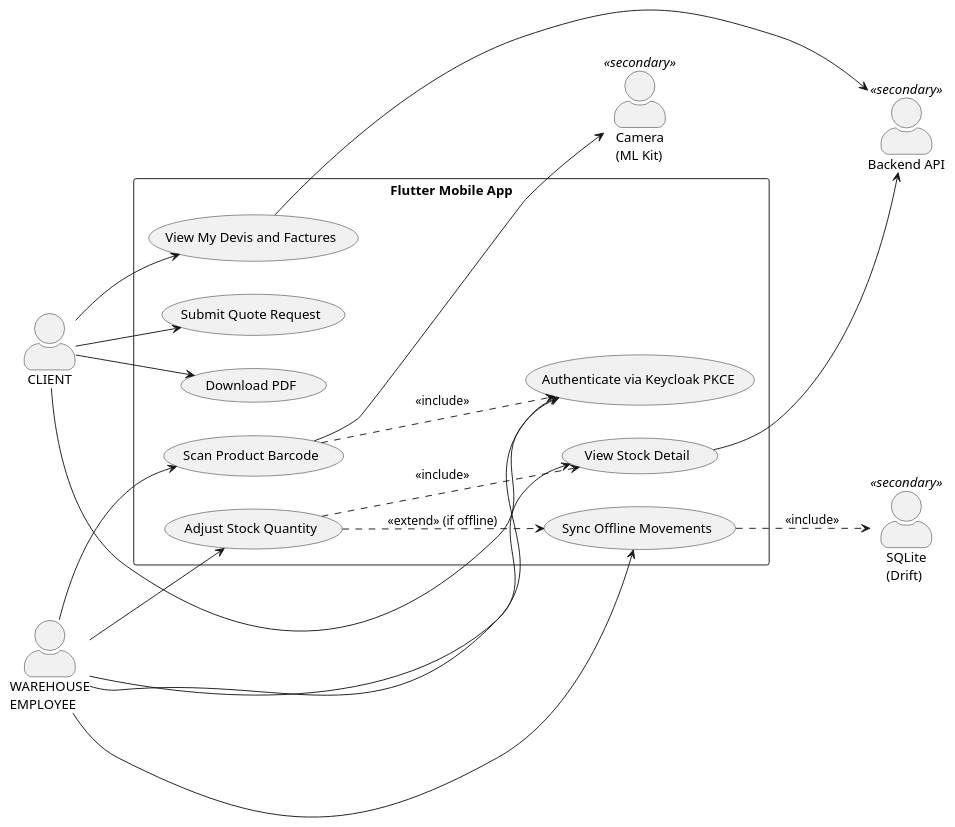
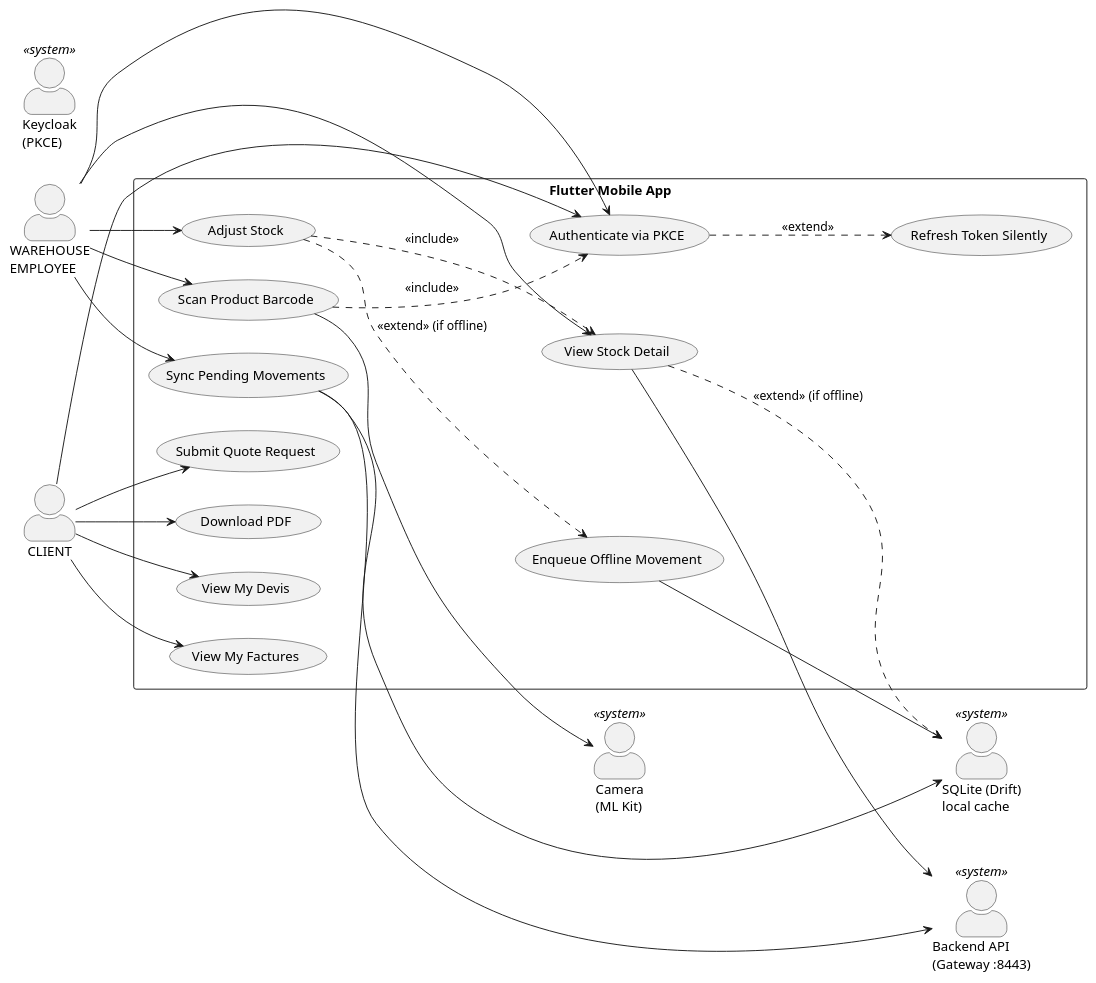
Diagram 14 of 19 in docs/PFA_REPORT.md (MohamedTrikii/PFA_CRM_ERP_Platform), drawn with PlantUML before and after one commit. The commit also changed other lines of this file and 150 other files, not shown here.

````diff
--- a/docs/PFA_REPORT.md
+++ b/docs/PFA_REPORT.md
@@ -1490,41 +1615,52 @@
 ```plantuml
-@startuml Release5_Mobile_UseCase
+@startuml UC_Release5_Mobile
+skinparam actorStyle awesome
 left to right direction
-skinparam actorStyle awesome
 
 actor "WAREHOUSE\nEMPLOYEE" as WE
-actor "CLIENT" as CL
-actor "Backend API" as API <<secondary>>
-actor "SQLite\n(Drift)" as SQLite <<secondary>>
-actor "Camera\n(ML Kit)" as CAM <<secondary>>
+actor "CLIENT"               as CL
+actor "Keycloak\n(PKCE)"     as KC  <<system>>
+actor "Backend API\n(Gateway :8443)" as API <<system>>
+actor "SQLite (Drift)\nlocal cache"  as SQL <<system>>
+actor "Camera\n(ML Kit)"     as CAM <<system>>
 
 rectangle "Flutter Mobile App" {
-  usecase "Authenticate via Keycloak PKCE" as UC_LOGIN
-  usecase "Scan Product Barcode" as UC_SCAN
-  usecase "View Stock Detail" as UC_DETAIL
-  usecase "Adjust Stock Quantity" as UC_ADJUST
-  usecase "Sync Offline Movements" as UC_SYNC
-  usecase "View My Devis and Factures" as UC_PORTAL
-  usecase "Submit Quote Request" as UC_SUBMIT
-  usecase "Download PDF" as UC_PDF
+
+  usecase "Authenticate via PKCE"       as UC_LOGIN
+  usecase "Refresh Token Silently"      as UC_REFRESH
+  usecase "Scan Product Barcode"        as UC_SCAN
+  usecase "View Stock Detail"           as UC_DETAIL
+  usecase "Adjust Stock"                as UC_ADJ
+  usecase "Enqueue Offline Movement"    as UC_QUEUE
+  usecase "Sync Pending Movements"      as UC_SYNC
+  usecase "View My Devis"               as UC_MYDEV
+  usecase "View My Factures"            as UC_MYFACT
+  usecase "Submit Quote Request"        as UC_SUBMIT
+  usecase "Download PDF"                as UC_PDF
+
 }
 
-WE --> UC_LOGIN
-WE --> UC_SCAN
-WE --> UC_DETAIL
-WE --> UC_ADJUST
-WE --> UC_SYNC
-CL --> UC_LOGIN
-CL --> UC_PORTAL
-CL --> UC_SUBMIT
-CL --> UC_PDF
+WE  --> UC_LOGIN
+WE  --> UC_SCAN
+WE  --> UC_DETAIL
+WE  --> UC_ADJ
+WE  --> UC_SYNC
+CL  --> UC_LOGIN
+CL  --> UC_MYDEV
+CL  --> UC_MYFACT
+CL  --> UC_SUBMIT
+CL  --> UC_PDF
 
-UC_SCAN ..> UC_LOGIN : <<include>>
-UC_ADJUST ..> UC_DETAIL : <<include>>
-UC_ADJUST ..> UC_SYNC : <<extend>> (if offline)
-UC_SCAN --> CAM
+UC_SCAN   ..> UC_LOGIN    : <<include>>
+UC_ADJ    ..> UC_DETAIL   : <<include>>
+UC_ADJ    ..> UC_QUEUE    : <<extend>> (if offline)
+UC_LOGIN  ..> UC_REFRESH  : <<extend>>
+UC_SCAN   --> CAM
+UC_QUEUE  --> SQL
+UC_SYNC   --> SQL
+UC_SYNC   --> API
 UC_DETAIL --> API
-UC_PORTAL --> API
-UC_SYNC ..> SQLite : <<include>>
+UC_DETAIL ..> SQL         : <<extend>> (if offline)
+
 @enduml
 ```
````
